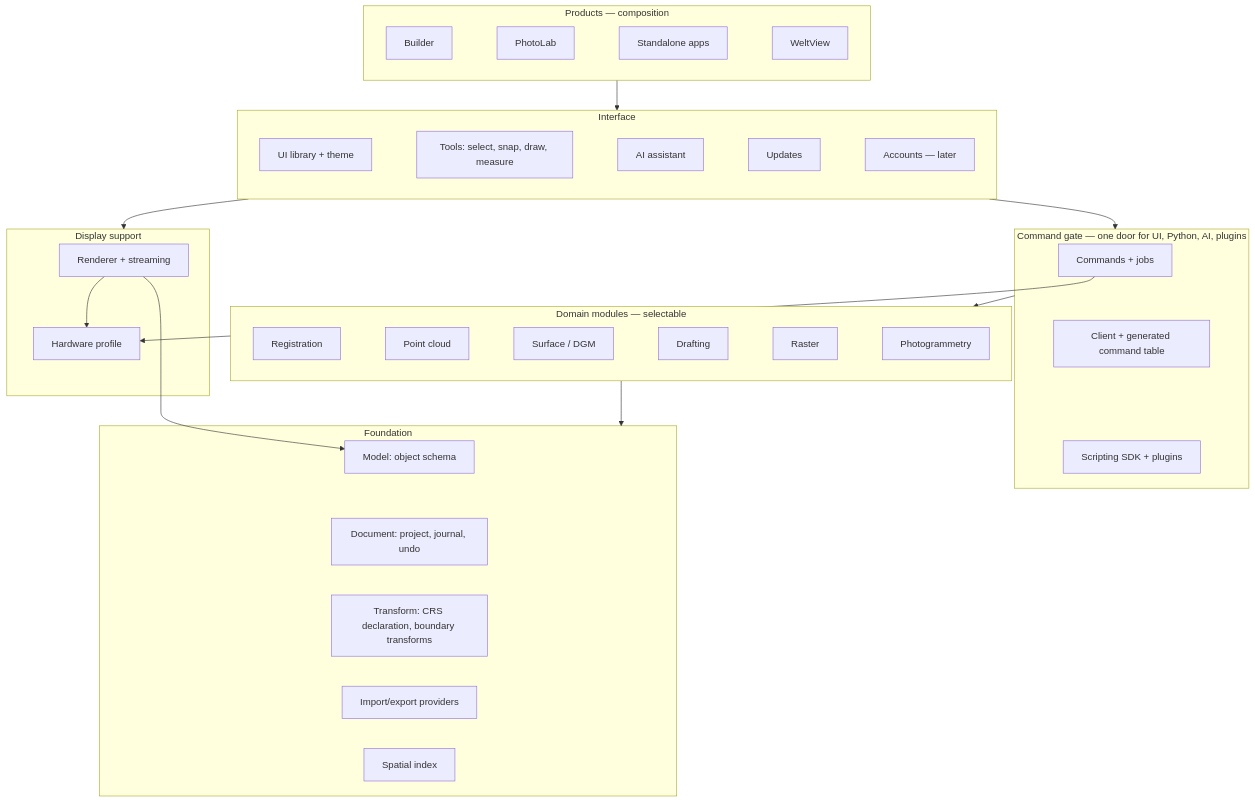
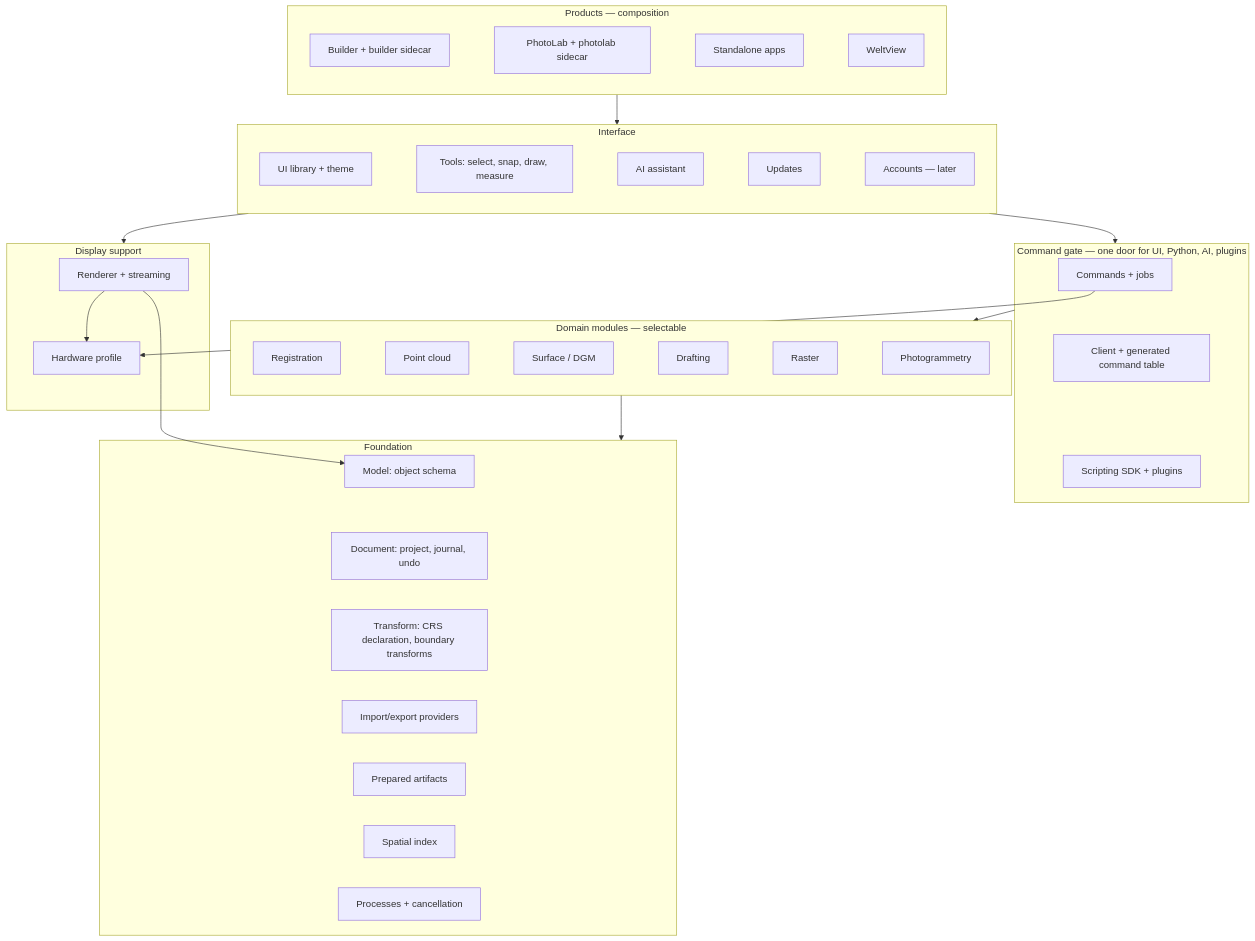
Before and after one commit to flofischerpfuhl-stack/himmelcad-public: the diagram in docs/ARCHITECTURE.md, drawn with Mermaid. The commit also changed other lines of this file, not shown here.

Commit message:
docs(architecture): module map reflects the ADR 0032 crates as landed (22 crates incl. process, prepared-build, product sidecars); hardware profile marked as the open step 7

````diff
--- a/docs/ARCHITECTURE.md
+++ b/docs/ARCHITECTURE.md
@@ -22,25 +22,25 @@
 ```mermaid
 flowchart TD
   subgraph P[Products — composition]
-    B[Builder] ~~~ PL[PhotoLab] ~~~ SA[Standalone apps] ~~~ WV[WeltView]
+    B[Builder + builder sidecar] ~~~ PL[PhotoLab + photolab sidecar] ~~~ SA[Standalone apps] ~~~ WV[WeltView]
   end
   subgraph I[Interface]
     UI[UI library + theme] ~~~ TL[Tools: select, snap, draw, measure] ~~~ AI[AI assistant] ~~~ UP[Updates] ~~~ LG[Accounts — later]
   end
   subgraph G[Command gate — one door for UI, Python, AI, plugins]
     CMD[Commands + jobs] ~~~ CL[Client + generated command table] ~~~ SC[Scripting SDK + plugins]
   end
   subgraph D[Domain modules — selectable]
     REG[Registration] ~~~ PC[Point cloud] ~~~ SF[Surface / DGM] ~~~ DR[Drafting] ~~~ RS[Raster] ~~~ PG[Photogrammetry]
   end
   subgraph F[Foundation]
-    MD[Model: object schema] ~~~ DOC[Document: project, journal, undo] ~~~ TR[Transform: CRS declaration, boundary transforms] ~~~ IO[Import/export providers] ~~~ SP[Spatial index]
+    MD[Model: object schema] ~~~ DOC[Document: project, journal, undo] ~~~ TR[Transform: CRS declaration, boundary transforms] ~~~ IO[Import/export providers] ~~~ PA[Prepared artifacts] ~~~ SP[Spatial index] ~~~ PR[Processes + cancellation]
   end
   subgraph V[Display support]
     RN[Renderer + streaming] --> HW[Hardware profile]
   end
   P --> I --> G --> D --> F
   I --> V
   RN --> MD
   CMD --> HW
 ```
````
